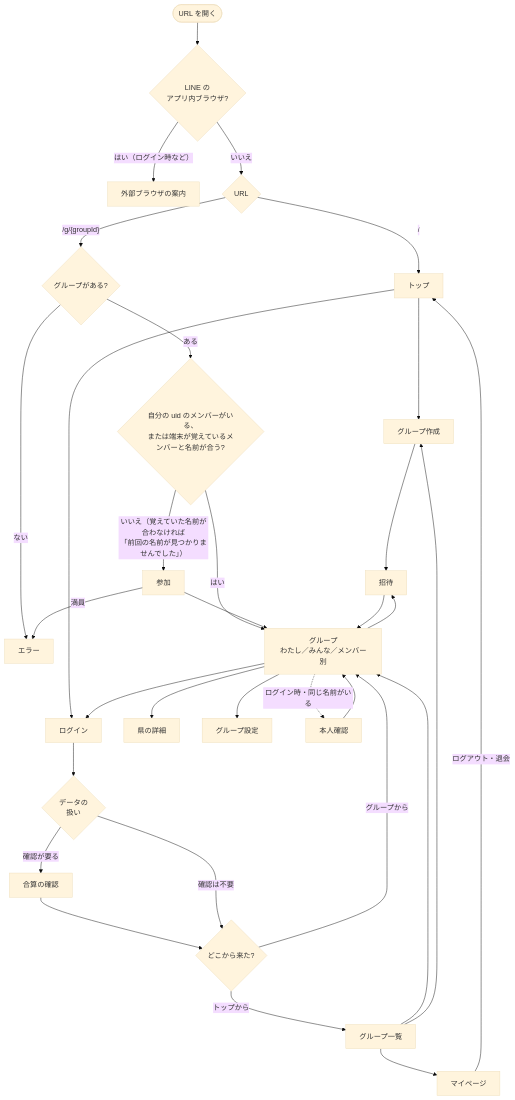
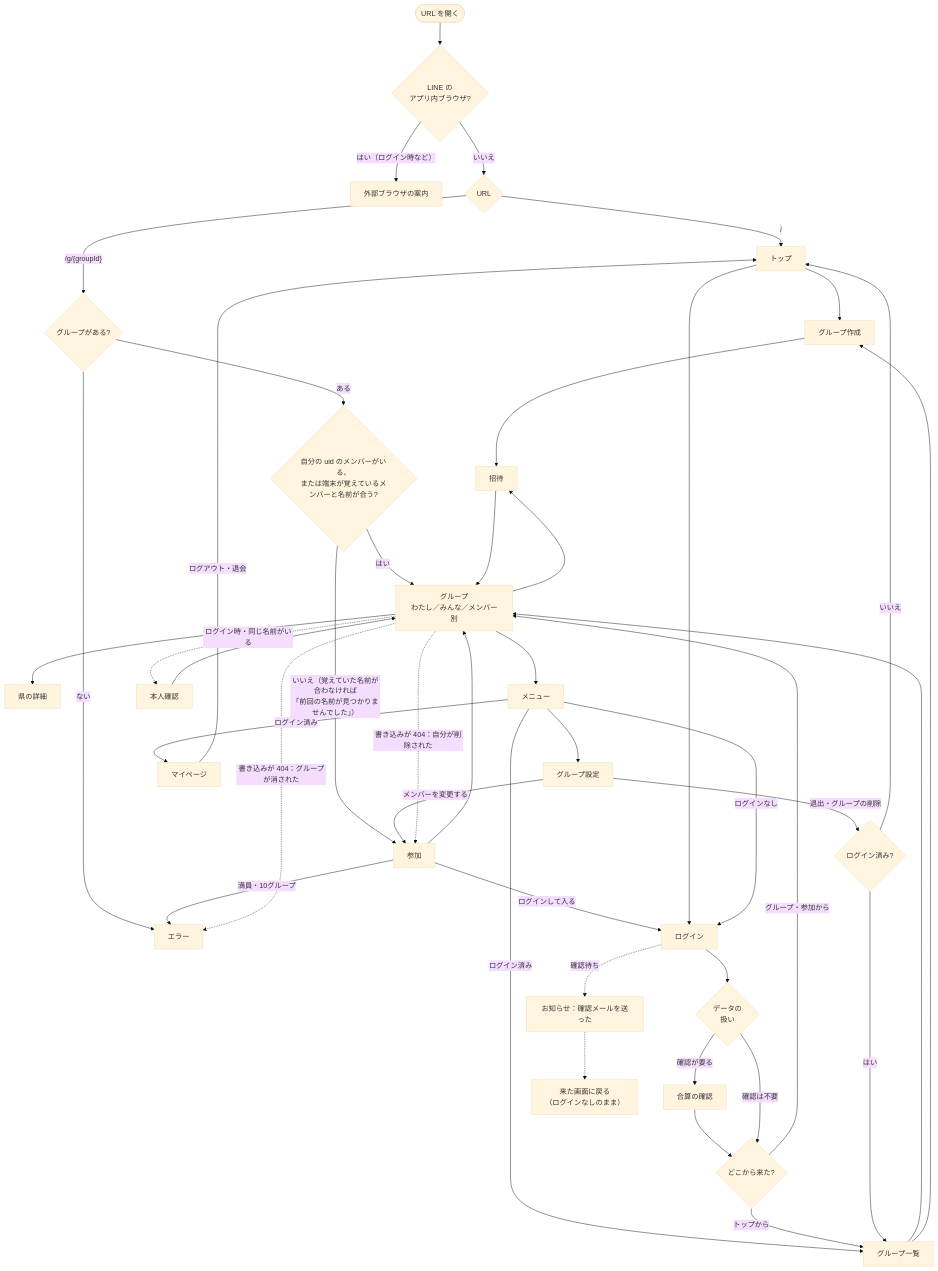
The diagram in docs/design/screens.md (yuppy52/tabikaigi-map), drawn with Mermaid (base theme) before and after one commit. The commit also changed other lines of this file and 6 other files, not shown here.

````diff
--- a/docs/design/screens.md
+++ b/docs/design/screens.md
@@ -31,35 +33,47 @@
 ```mermaid
 flowchart TD
   Start(["URL を開く"]) --> IsLine{"LINE の<br/>アプリ内ブラウザ?"}
   IsLine -- "はい（ログイン時など）" --> ExtGuide["外部ブラウザの案内"]
   IsLine -- "いいえ" --> Route{"URL"}
 
   Route -- "/" --> Top["トップ"]
   Route -- "/g/{groupId}" --> Exists{"グループがある?"}
   Exists -- "ない" --> Err["エラー"]
   Exists -- "ある" --> Known{"自分の uid のメンバーがいる、<br/>または端末が覚えているメンバーと名前が合う?"}
   Known -- "はい" --> Group
   Known -- "いいえ（覚えていた名前が合わなければ<br/>「前回の名前が見つかりませんでした」）" --> Join["参加"]
-  Join -- "満員" --> Err
+  Join -- "満員・10グループ" --> Err
   Join --> Group
+  Join -- "ログインして入る" --> Login
 
   Top --> Create["グループ作成"] --> Invite["招待"] --> Group
   Top --> Login["ログイン"]
 
   Group["グループ<br/>わたし／みんな／メンバー別"] --> Pref["県の詳細"]
   Group --> Invite
-  Group --> Settings["グループ設定"]
-  Group --> Login
+  Group --> Menu["メニュー"]
+  Menu --> Settings["グループ設定"]
+  Menu -- "ログインなし" --> Login
+  Menu -- "ログイン済み" --> List
+  Menu -- "ログイン済み" --> My
 
   Login --> Merge{"データの<br/>扱い"}
   Merge -- "確認が要る" --> MergeDlg["合算の確認"] --> AfterLogin
   Merge -- "確認は不要" --> AfterLogin{"どこから来た?"}
-  AfterLogin -- "グループから" --> Group
+  AfterLogin -- "グループ・参加から" --> Group
   AfterLogin -- "トップから" --> List["グループ一覧"]
+  Login -. "確認待ち" .-> Pending["お知らせ：確認メールを送った"] -.-> Back["来た画面に戻る<br/>（ログインなしのまま）"]
 
   List --> Group
   List --> Create
-  List --> My["マイページ"]
-  My -- "ログアウト・退会" --> Top
+  My["マイページ"] -- "ログアウト・退会" --> Top
+
+  Settings -- "退出・グループの削除" --> After{"ログイン済み?"}
+  After -- "はい" --> List
+  After -- "いいえ" --> Top
+  Settings -- "メンバーを変更する" --> Join
+
+  Group -. "書き込みが 404：グループが消された" .-> Err
+  Group -. "書き込みが 404：自分が削除された" .-> Join
   Group -. "ログイン時・同じ名前がいる" .-> SameName["本人確認"] --> Group
 ```
````
